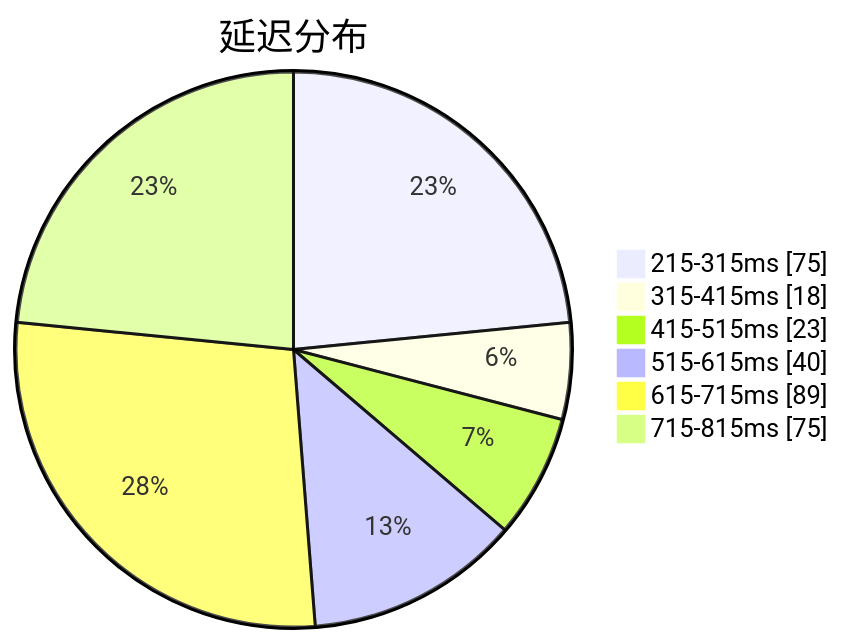
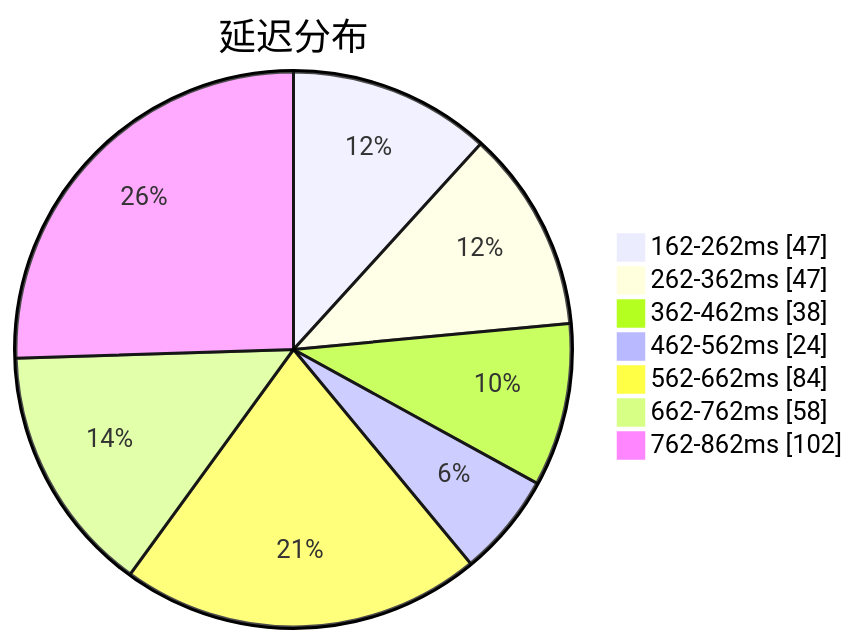
One commit to qjlxg/airport changed the first of 3 diagrams in subs/statistics/tested_within.md. Above: the diagram before and after it, drawn with Mermaid. The commit also changed other lines of this file and 2 other files, not shown here.

````diff
--- a/subs/statistics/tested_within.md
+++ b/subs/statistics/tested_within.md
@@ -2,10 +2,11 @@
 ```mermaid
 pie showData
 title 延迟分布
-"215-315ms" : 75
-"315-415ms" : 18
-"415-515ms" : 23
-"515-615ms" : 40
-"615-715ms" : 89
-"715-815ms" : 75
+"162-262ms" : 47
+"262-362ms" : 47
+"362-462ms" : 38
+"462-562ms" : 24
+"562-662ms" : 84
+"662-762ms" : 58
+"762-862ms" : 102
 ```
````
